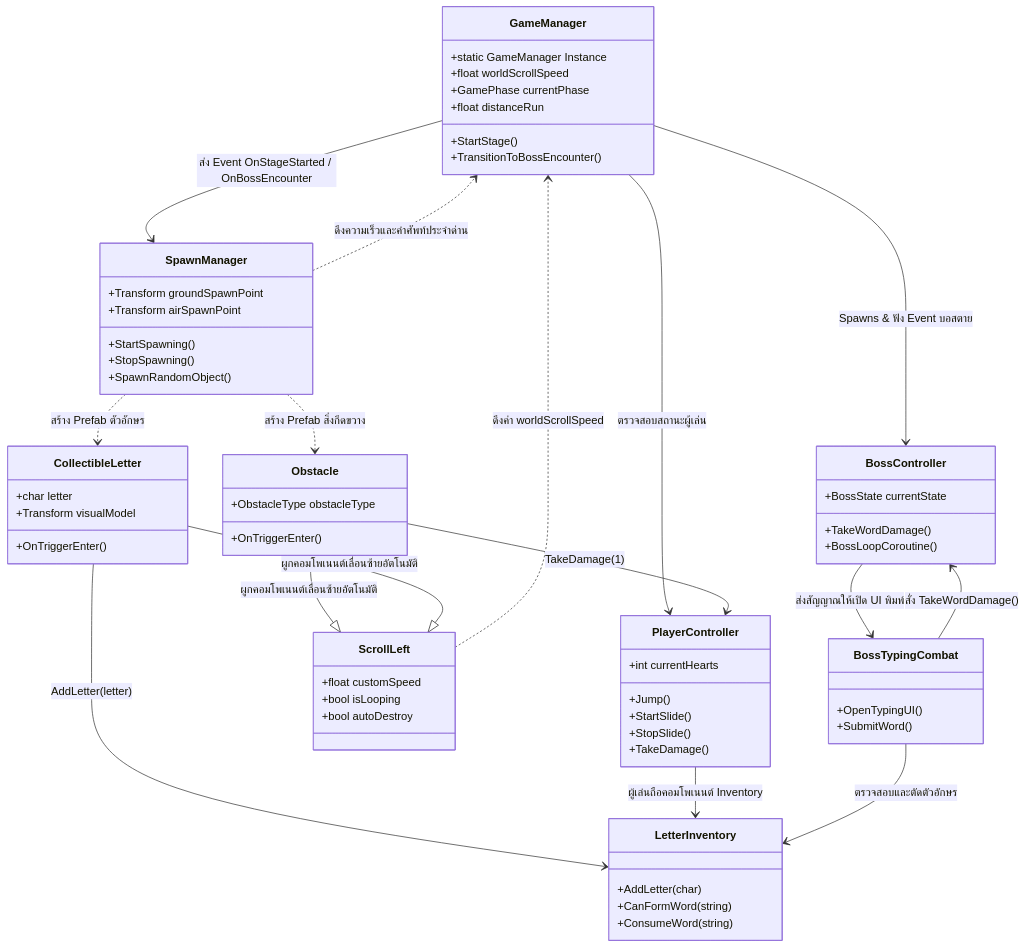
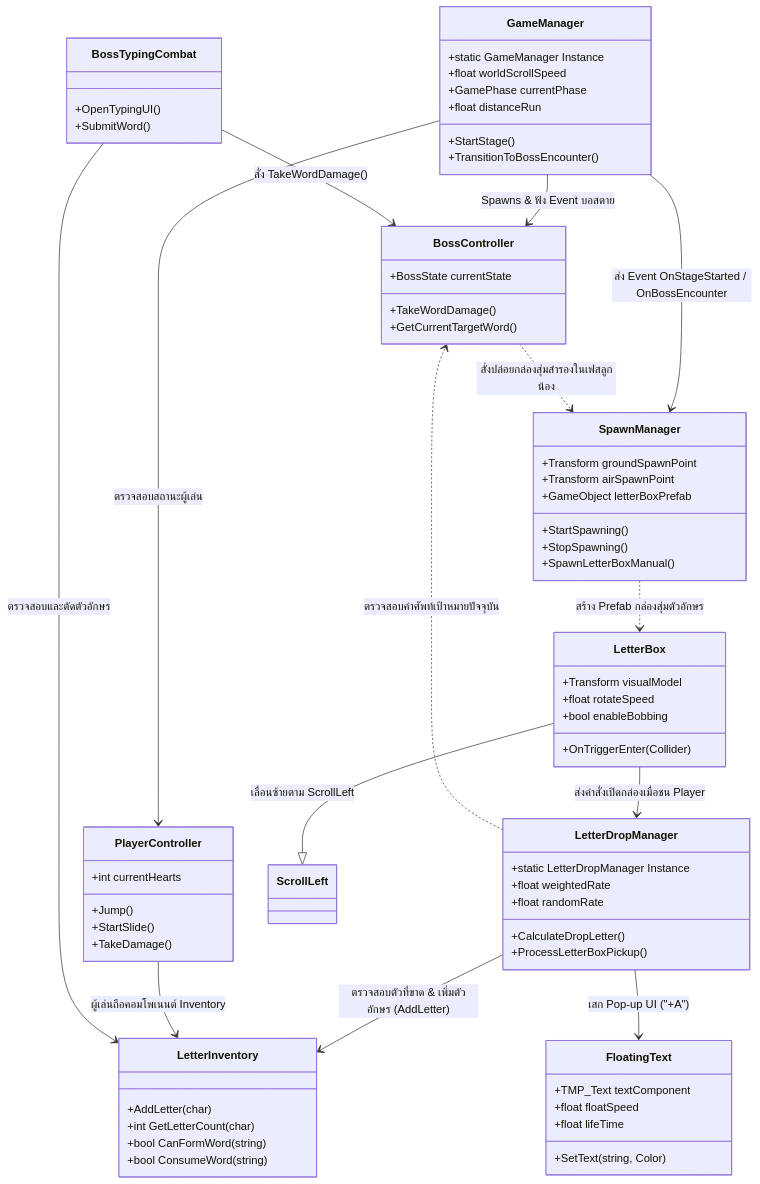
Before and after one commit to best062/FinalMI226: the second of 2 diagrams in Assets/code/file_MD/README.md, drawn with Mermaid. The commit also changed other lines of this file and 18 other files, not shown here.

````diff
--- a/Assets/code/file_MD/README.md
+++ b/Assets/code/file_MD/README.md
@@ -51,69 +80,73 @@
 ```mermaid
 classDiagram
     class GameManager {
         +static GameManager Instance
         +float worldScrollSpeed
         +GamePhase currentPhase
         +float distanceRun
         +StartStage()
         +TransitionToBossEncounter()
     }
     class SpawnManager {
         +Transform groundSpawnPoint
         +Transform airSpawnPoint
+        +GameObject letterBoxPrefab
         +StartSpawning()
         +StopSpawning()
-        +SpawnRandomObject()
+        +SpawnLetterBoxManual()
+    }
+    class LetterBox {
+        +Transform visualModel
+        +float rotateSpeed
+        +bool enableBobbing
+        +OnTriggerEnter(Collider)
+    }
+    class LetterDropManager {
+        +static LetterDropManager Instance
+        +float weightedRate
+        +float randomRate
+        +CalculateDropLetter()
+        +ProcessLetterBoxPickup()
+    }
+    class FloatingText {
+        +TMP_Text textComponent
+        +float floatSpeed
+        +float lifeTime
+        +SetText(string, Color)
+    }
+    class LetterInventory {
+        +AddLetter(char)
+        +int GetLetterCount(char)
+        +bool CanFormWord(string)
+        +bool ConsumeWord(string)
     }
     class PlayerController {
         +int currentHearts
         +Jump()
         +StartSlide()
-        +StopSlide()
         +TakeDamage()
-    }
-    class ScrollLeft {
-        +float customSpeed
-        +bool isLooping
-        +bool autoDestroy
-    }
-    class LetterInventory {
-        +AddLetter(char)
-        +CanFormWord(string)
-        +ConsumeWord(string)
-    }
-    class Obstacle {
-        +ObstacleType obstacleType
-        +OnTriggerEnter()
-    }
-    class CollectibleLetter {
-        +char letter
-        +Transform visualModel
-        +OnTriggerEnter()
     }
     class BossController {
         +BossState currentState
         +TakeWordDamage()
-        +BossLoopCoroutine()
+        +GetCurrentTargetWord()
     }
     class BossTypingCombat {
         +OpenTypingUI()
         +SubmitWord()
     }
 
     GameManager --> PlayerController : ตรวจสอบสถานะผู้เล่น
     GameManager --> BossController : Spawns & ฟัง Event บอสตาย
     GameManager --> SpawnManager : ส่ง Event OnStageStarted / OnBossEncounter
-    ScrollLeft ..> GameManager : ดึงค่า worldScrollSpeed
-    SpawnManager ..> GameManager : ดึงความเร็วและคำศัพท์ประจำด่าน
-    SpawnManager ..> Obstacle : สร้าง Prefab สิ่งกีดขวาง
-    SpawnManager ..> CollectibleLetter : สร้าง Prefab ตัวอักษร
-    Obstacle --|> ScrollLeft : ผูกคอมโพเนนต์เลื่อนซ้ายอัตโนมัติ
-    CollectibleLetter --|> ScrollLeft : ผูกคอมโพเนนต์เลื่อนซ้ายอัตโนมัติ
-    Obstacle --> PlayerController : TakeDamage(1)
-    CollectibleLetter --> LetterInventory : AddLetter(letter)
+    SpawnManager ..> LetterBox : สร้าง Prefab กล่องสุ่มตัวอักษร
+    LetterBox --|> ScrollLeft : เลื่อนซ้ายตาม ScrollLeft
+    LetterBox --> LetterDropManager : ส่งคำสั่งเปิดกล่องเมื่อชน Player
+    LetterDropManager --> LetterInventory : ตรวจสอบตัวที่ขาด & เพิ่มตัวอักษร (AddLetter)
+    LetterDropManager --> FloatingText : เสก Pop-up UI ("+A")
+    LetterDropManager ..> BossController : ตรวจสอบคำศัพท์เป้าหมายปัจจุบัน
+    BossController ..> SpawnManager : สั่งปล่อยกล่องสุ่มสำรองในเฟสลูกน้อง
     PlayerController --> LetterInventory : ผู้เล่นถือคอมโพเนนต์ Inventory
     BossTypingCombat --> LetterInventory : ตรวจสอบและตัดตัวอักษร
     BossTypingCombat --> BossController : สั่ง TakeWordDamage()
-    BossController --> BossTypingCombat : ส่งสัญญาณให้เปิด UI พิมพ์
 ```
````
